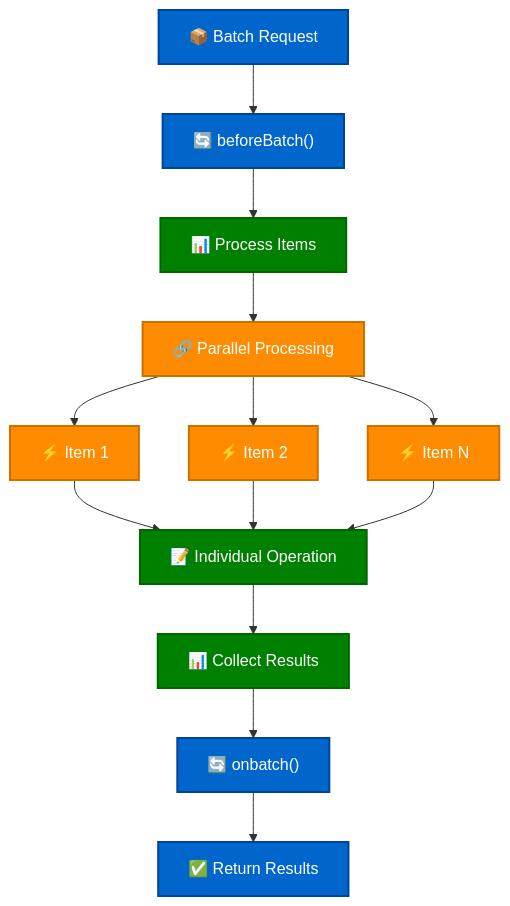
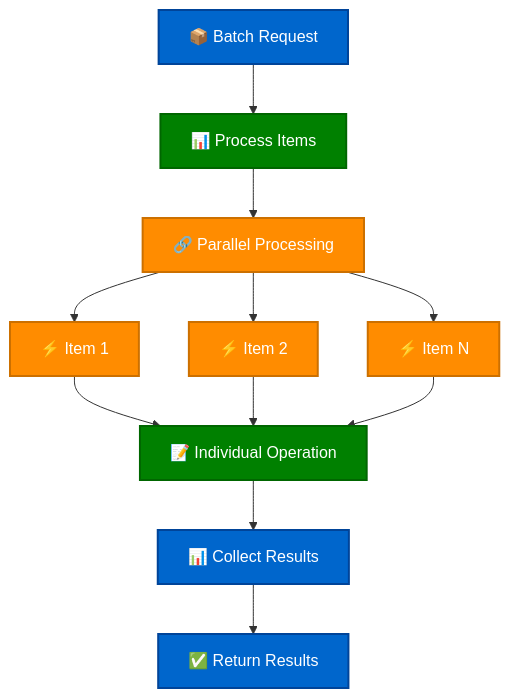
Before and after one commit to avoidwork/haro: the sixth of 9 diagrams in docs/TECHNICAL_DOCUMENTATION.md, drawn with Mermaid. The commit also changed other lines of this file and 8 other files, not shown here.

````diff
--- a/docs/TECHNICAL_DOCUMENTATION.md
+++ b/docs/TECHNICAL_DOCUMENTATION.md
@@ -320,26 +318,24 @@
 ```mermaid
 graph TD
-    A["📦 Batch Request"] --> B["🔄 beforeBatch()"]
-    B --> C["📊 Process Items"]
+    A["📦 Batch Request"] --> B["📊 Process Items"]
     
-    C --> D["🔗 Parallel Processing"]
-    D --> E1["⚡ Item 1"]
-    D --> E2["⚡ Item 2"]
-    D --> E3["⚡ Item N"]
+    B --> C["🔗 Parallel Processing"]
+    C --> D1["⚡ Item 1"]
+    C --> D2["⚡ Item 2"]
+    C --> D3["⚡ Item N"]
     
-    E1 --> F["📝 Individual Operation"]
-    E2 --> F
-    E3 --> F
+    D1 --> E["📝 Individual Operation"]
+    D2 --> E
+    D3 --> E
     
-    F --> G["📊 Collect Results"]
-    G --> H["🔄 onbatch()"]
-    H --> I["✅ Return Results"]
+    E --> F["📊 Collect Results"]
+    F --> G["✅ Return Results"]
     
     classDef batch fill:#0066CC,stroke:#004499,stroke-width:2px,color:#fff
     classDef process fill:#008000,stroke:#006600,stroke-width:2px,color:#fff
     classDef parallel fill:#FF8C00,stroke:#CC7000,stroke-width:2px,color:#fff
     
-    class A,B,H,I batch
-    class C,F,G process
-    class D,E1,E2,E3 parallel
+    class A,F,G batch
+    class B,E process
+    class C,D1,D2,D3 parallel
 ```
````
